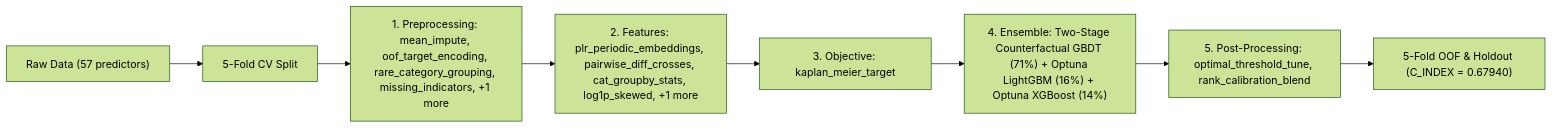
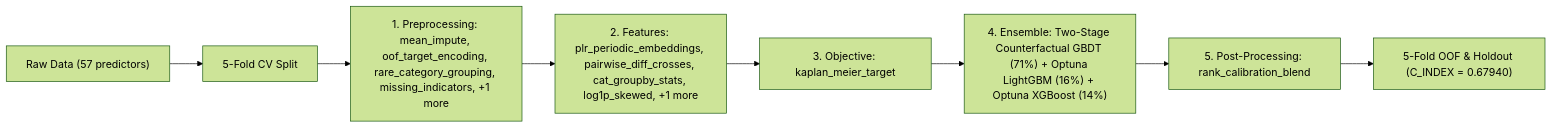
Before and after one commit to stefanoclss/CIBMTR-Equity-in-Post-HCT-Survival-Predictions: the diagram in README.md, drawn with Mermaid (forest theme). The commit also changed other lines of this file, not shown here.

````diff
--- a/README.md
+++ b/README.md
@@ -147,10 +148,10 @@
 ```mermaid
 flowchart LR
     DATA["Raw Data (57 predictors)"] --> SPLIT["5-Fold CV Split"]
     SPLIT --> PRE["1. Preprocessing: mean_impute, oof_target_encoding, rare_category_grouping, missing_indicators, +1 more"]
     PRE --> FEAT["2. Features: plr_periodic_embeddings, pairwise_diff_crosses, cat_groupby_stats, log1p_skewed, +1 more"]
     FEAT --> OBJ["3. Objective: kaplan_meier_target"]
     OBJ --> M0["4. Ensemble: Two-Stage Counterfactual GBDT (71%) + Optuna LightGBM (16%) + Optuna XGBoost (14%)"]
-    M0 --> POST["5. Post-Processing: optimal_threshold_tune, rank_calibration_blend"]
+    M0 --> POST["5. Post-Processing: rank_calibration_blend"]
     POST --> OUT["5-Fold OOF & Holdout (C_INDEX = 0.67940)"]
 ```
````
